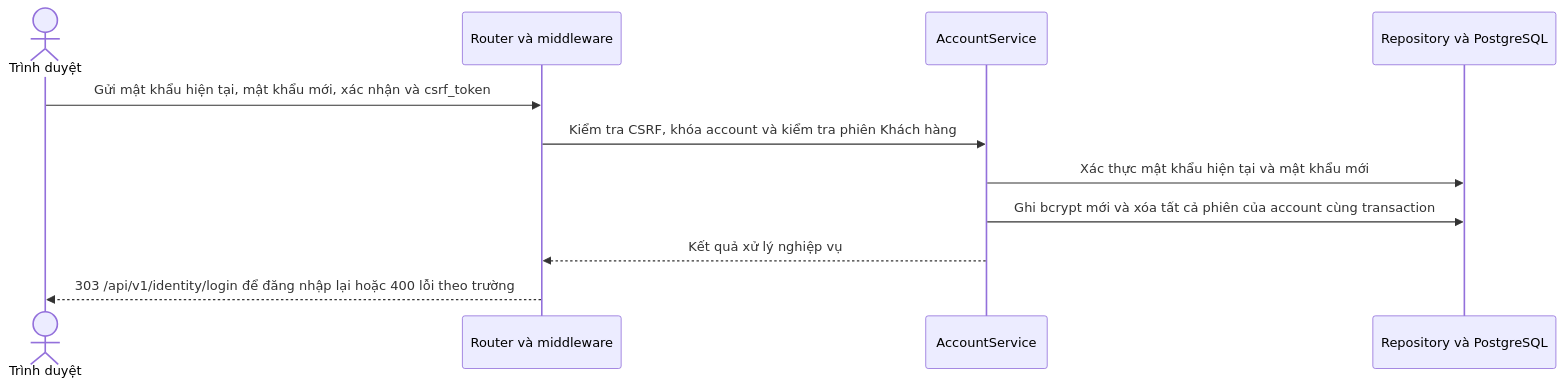
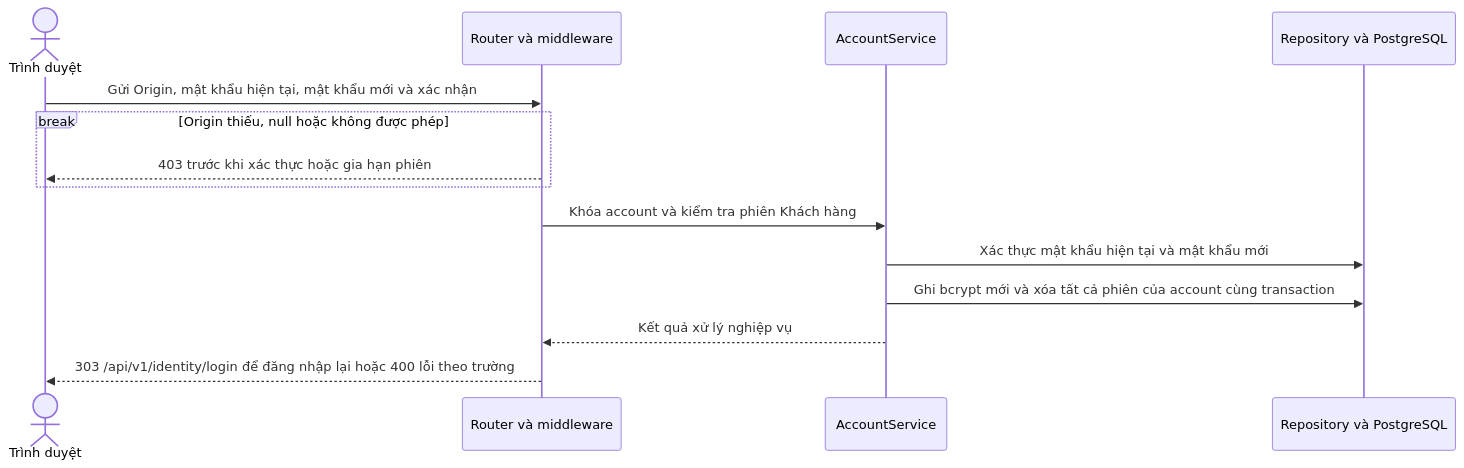
One commit to thanhklt/sobie-swimwear-e-commerce changed the diagram in docs/sequence/identity/post-account-password.md. Above: the diagram before and after it, drawn with Mermaid. The commit also changed 27 other files, not shown here.

First line of the commit message:
refactor(identity): drop CSRF token, enforce Origin on all write requests

````diff
--- a/docs/sequence/identity/post-account-password.md
+++ b/docs/sequence/identity/post-account-password.md
@@ -5,13 +5,16 @@
 ```mermaid
 sequenceDiagram
     actor Browser as Trình duyệt
     participant Route as Router và middleware
     participant Service as AccountService
     participant Data as Repository và PostgreSQL
-    Browser->>Route: Gửi mật khẩu hiện tại, mật khẩu mới, xác nhận và csrf_token
-    Route->>Service: Kiểm tra CSRF, khóa account và kiểm tra phiên Khách hàng
+    Browser->>Route: Gửi Origin, mật khẩu hiện tại, mật khẩu mới và xác nhận
+    break Origin thiếu, null hoặc không được phép
+        Route-->>Browser: 403 trước khi xác thực hoặc gia hạn phiên
+    end
+    Route->>Service: Khóa account và kiểm tra phiên Khách hàng
     Service->>Data: Xác thực mật khẩu hiện tại và mật khẩu mới
     Service->>Data: Ghi bcrypt mới và xóa tất cả phiên của account cùng transaction
     Service-->>Route: Kết quả xử lý nghiệp vụ
     Route-->>Browser: 303 /api/v1/identity/login để đăng nhập lại hoặc 400 lỗi theo trường
 ```
````
